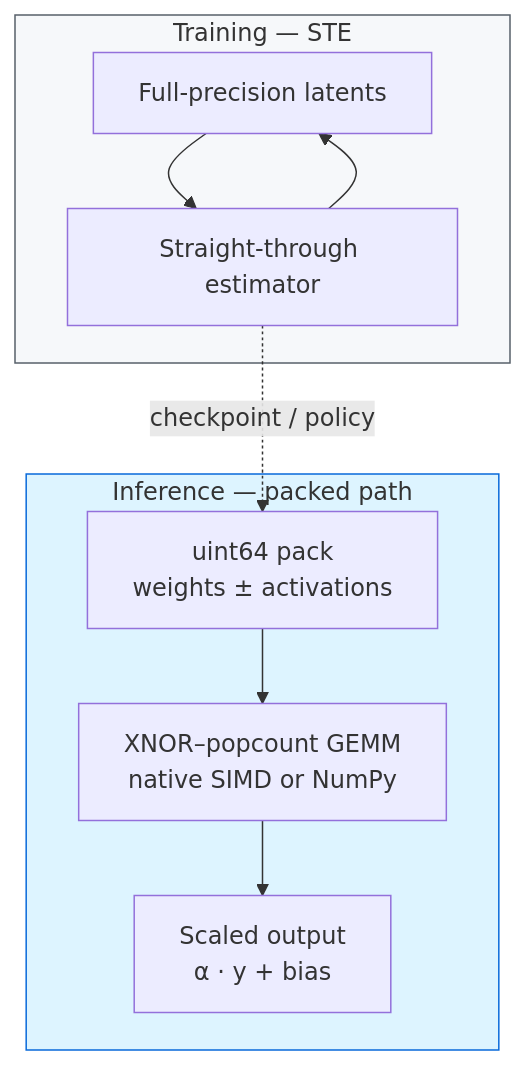
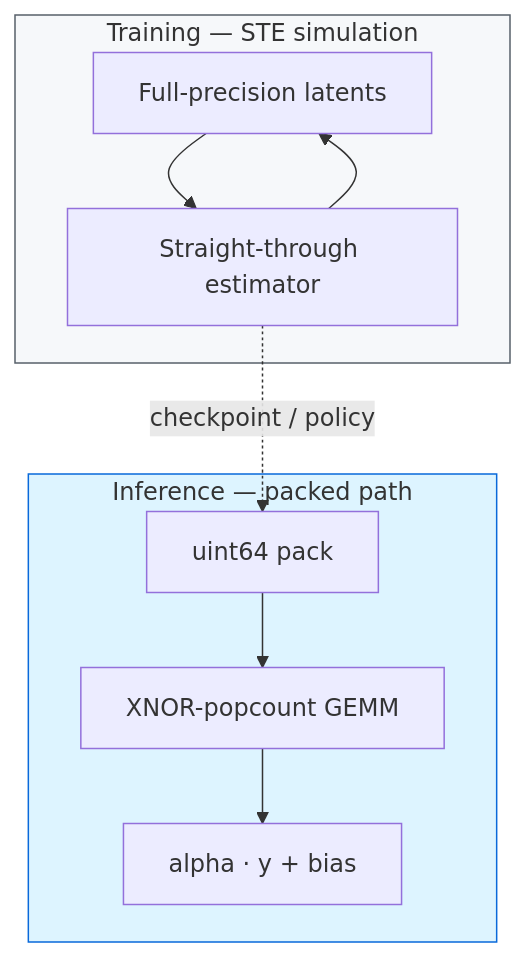
Before and after one commit to KanakMalpani/Binary-Neural-Networks: the third of 8 diagrams in README.md, drawn with Mermaid. The commit also changed other lines of this file and 16 other files, not shown here.

````diff
--- a/README.md
+++ b/README.md
@@ -104,18 +199,18 @@
 ```mermaid
 flowchart TB
-  subgraph Train["Training — STE"]
+  subgraph Train["Training — STE simulation"]
     W["Full-precision latents"]
     STE["Straight-through estimator"]
     W --> STE
     STE --> W
   end
   subgraph Infer["Inference — packed path"]
-    Pack["uint64 pack<br/>weights ± activations"]
-    GEMM["XNOR–popcount GEMM<br/>native SIMD or NumPy"]
-    Out["Scaled output<br/>α · y + bias"]
+    Pack["uint64 pack"]
+    GEMM["XNOR-popcount GEMM"]
+    Out["alpha · y + bias"]
     Pack --> GEMM --> Out
   end
   STE -.->|"checkpoint / policy"| Pack
   style Train fill:#f6f8fa,stroke:#57606a
   style Infer fill:#ddf4ff,stroke:#0969da
 ```
````
